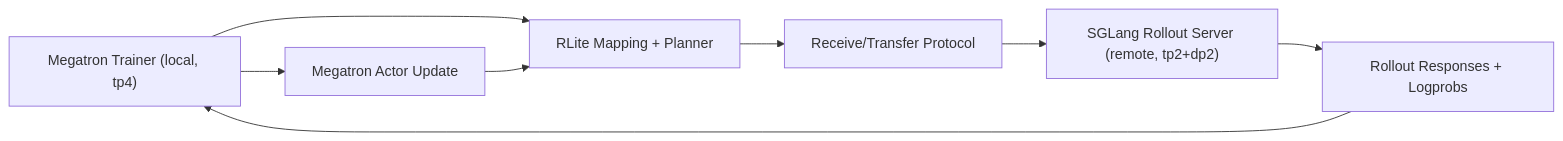
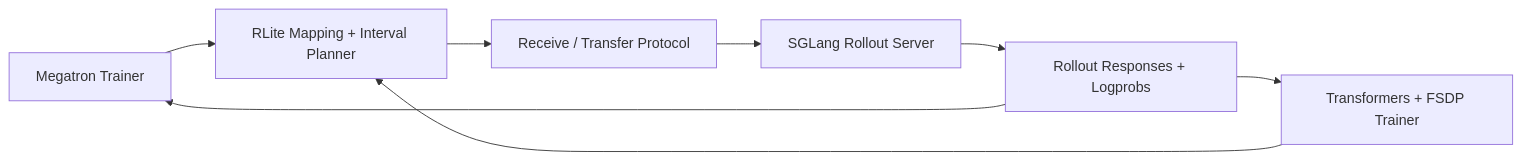
One commit to ExtremeViscent/RLite changed the diagram in README.md. Above: the diagram before and after it, drawn with Mermaid. The commit also changed other lines of this file and 32 other files, not shown here.

Commit message:
Implement Transformers FSDP exchange and native transport support

````diff
--- a/README.md
+++ b/README.md
@@ -178,10 +188,10 @@
 ```mermaid
 flowchart LR
-    A["Megatron Trainer (local, tp4)"] --> B["RLite Mapping + Planner"]
-    B --> C["Receive/Transfer Protocol"]
-    C --> D["SGLang Rollout Server (remote, tp2+dp2)"]
-    D --> E["Rollout Responses + Logprobs"]
-    E --> A
-    A --> F["Megatron Actor Update"]
+    A["Megatron Trainer"] --> D["RLite Mapping + Interval Planner"]
+    B["Transformers + FSDP Trainer"] --> D
+    D --> E["Receive / Transfer Protocol"]
+    E --> C["SGLang Rollout Server"]
+    C --> F["Rollout Responses + Logprobs"]
+    F --> A
     F --> B
 ```
````
